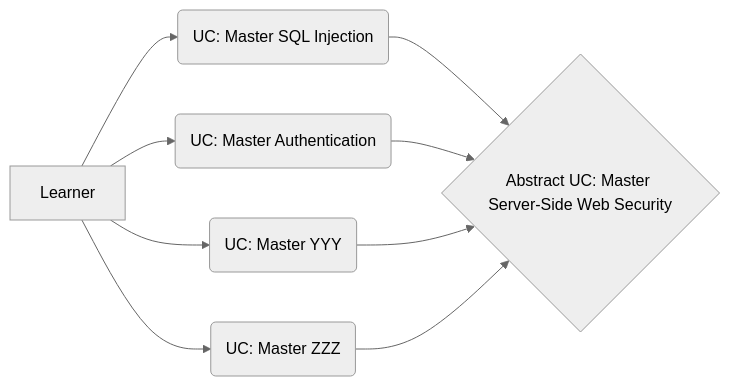
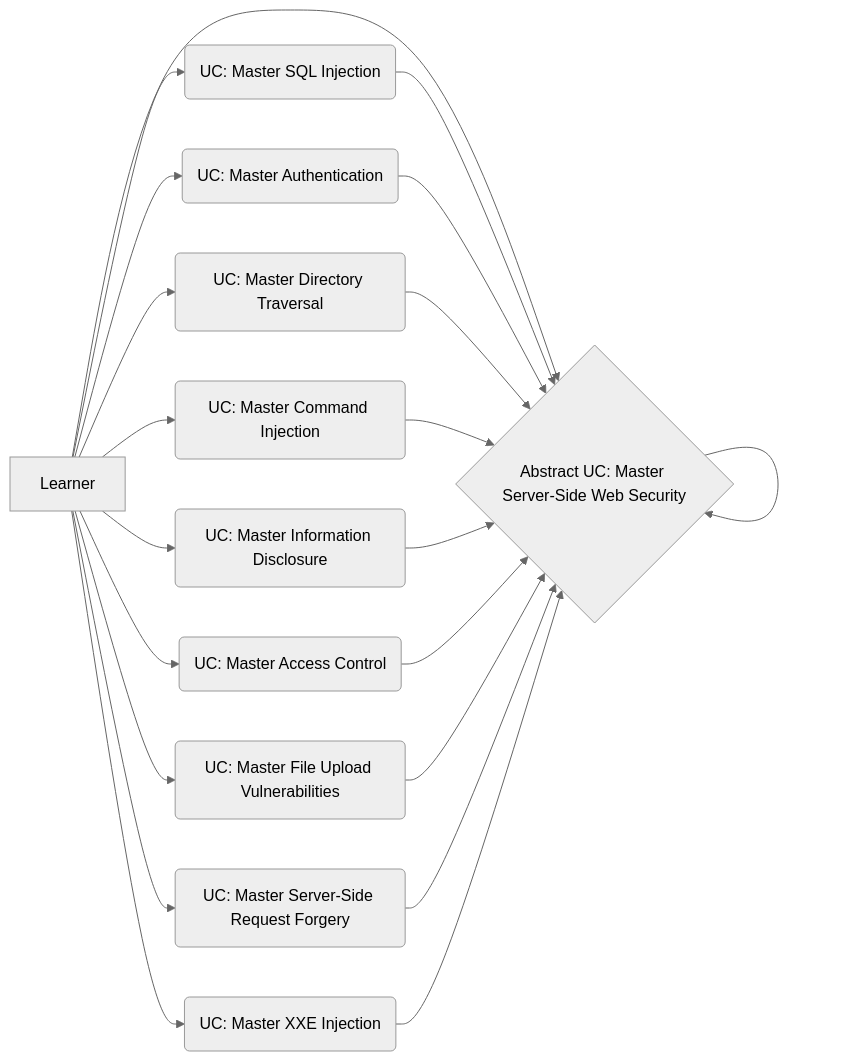
One commit to vanHeemstraSystems/learning-server-side-web-security-use-cases changed the diagram in index.qmd. Above: the diagram before and after it, drawn with Mermaid (neutral theme).

````diff
--- a/index.qmd
+++ b/index.qmd
@@ -11,11 +11,23 @@
 ```{mermaid}
 flowchart LR
   A[Learner] --> B(UC: Master SQL Injection)
   A[Learner] --> C(UC: Master Authentication)
-  A[Learner] --> D(UC: Master YYY)
-  A[Learner] --> E(UC: Master ZZZ)
+  A[Learner] --> D(UC: Master Directory Traversal)
+  A[Learner] --> E(UC: Master Command Injection)
+  A[Learner] --> F(UC: Master Business Logic Vulnerabilities)
+  A[Learner] --> G(UC: Master Information Disclosure)
+  A[Learner] --> H(UC: Master Access Control)
+  A[Learner] --> I(UC: Master File Upload Vulnerabilities)
+  A[Learner] --> J(UC: Master Server-Side Request Forgery)
+  A[Learner] --> K(UC: Master XXE Injection)
   B --> F{Abstract UC: Master Server-Side Web Security}
   C --> F{Abstract UC: Master Server-Side Web Security}
   D --> F{Abstract UC: Master Server-Side Web Security}
   E --> F{Abstract UC: Master Server-Side Web Security}
+  F --> F{Abstract UC: Master Server-Side Web Security}
+  G --> F{Abstract UC: Master Server-Side Web Security}
+  H --> F{Abstract UC: Master Server-Side Web Security}
+  I --> F{Abstract UC: Master Server-Side Web Security}
+  J --> F{Abstract UC: Master Server-Side Web Security}
+  K --> F{Abstract UC: Master Server-Side Web Security}  
 ```
````
